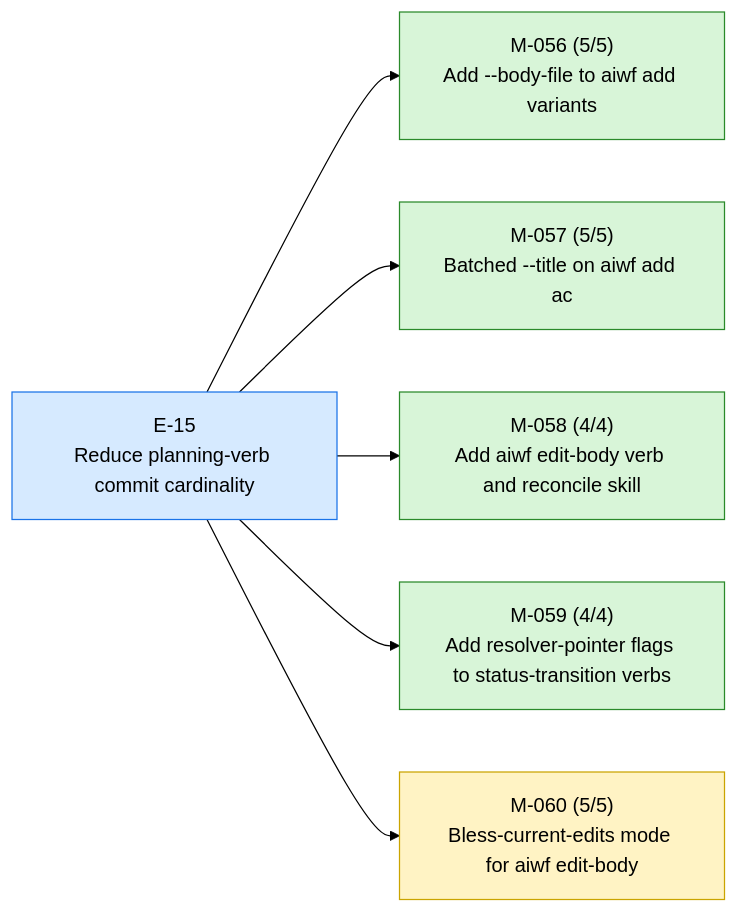
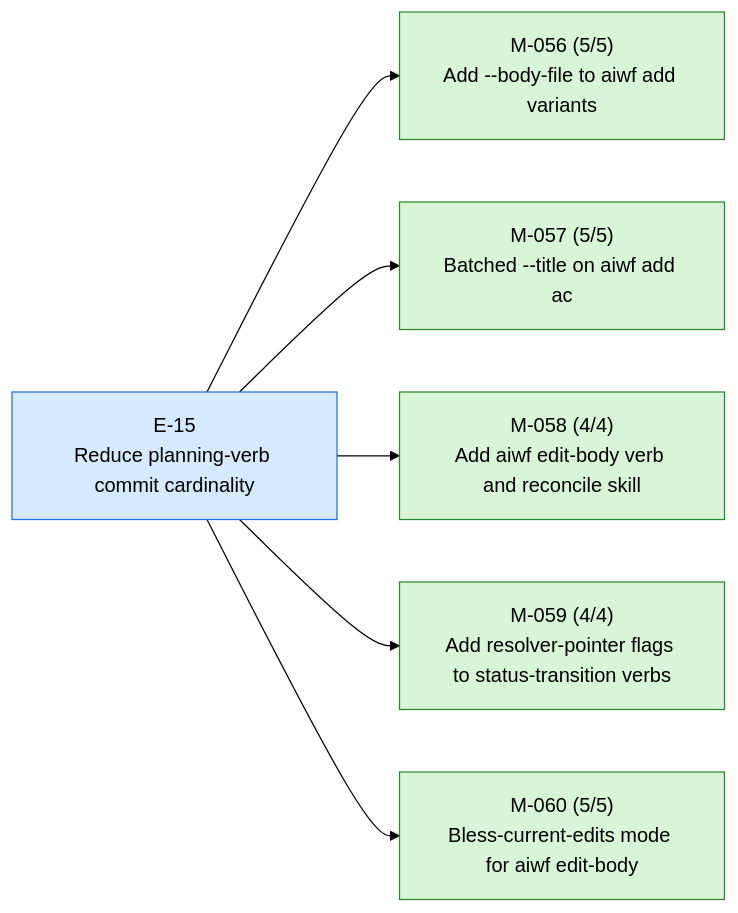
Before and after one commit to 23min/aiwf: the first of 3 diagrams in STATUS.md, drawn with Mermaid (forest theme). The commit also changed other lines of this file and 1 other file, not shown here.

First line of the commit message:
aiwf promote M-060 in_progress -> done

````diff
--- a/STATUS.md
+++ b/STATUS.md
@@ -15,20 +15,20 @@
 ```mermaid
 flowchart LR
   E_15["E-15<br/>Reduce planning-verb commit cardinality"]:::epic_active
   M_056["M-056 (5/5)<br/>Add --body-file to aiwf add variants"]:::ms_done
   E_15 --> M_056
   M_057["M-057 (5/5)<br/>Batched --title on aiwf add ac"]:::ms_done
   E_15 --> M_057
   M_058["M-058 (4/4)<br/>Add aiwf edit-body verb and reconcile skill"]:::ms_done
   E_15 --> M_058
   M_059["M-059 (4/4)<br/>Add resolver-pointer flags to status-transition verbs"]:::ms_done
   E_15 --> M_059
-  M_060["M-060 (5/5)<br/>Bless-current-edits mode for aiwf edit-body"]:::ms_in_progress
+  M_060["M-060 (5/5)<br/>Bless-current-edits mode for aiwf edit-body"]:::ms_done
   E_15 --> M_060
   classDef epic_active fill:#d6eaff,stroke:#1a73e8,color:#000
   classDef epic_proposed fill:#f4f4f4,stroke:#888,color:#000
   classDef ms_done fill:#d8f5d8,stroke:#2a8a2a,color:#000
   classDef ms_in_progress fill:#fff3c4,stroke:#caa400,color:#000
   classDef ms_draft fill:#f4f4f4,stroke:#888,color:#000
   classDef ms_cancelled fill:#fbeaea,stroke:#c33,color:#000
 ```
````
